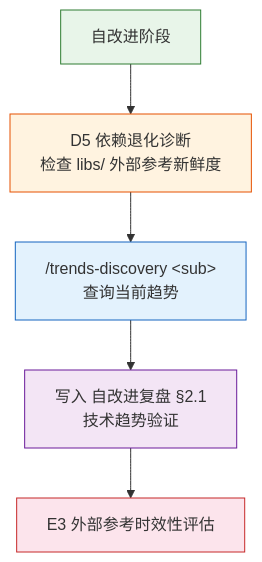
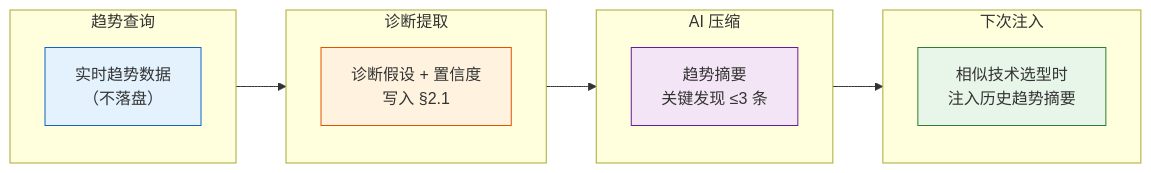
One commit to effiy/YrY changed the fourth of 4 diagrams in skills/trends-discovery/SKILL.md. Above: the diagram before and after it, drawn with Mermaid. The commit also changed other lines of this file and 4 other files, not shown here.

````diff
--- a/skills/trends-discovery/SKILL.md
+++ b/skills/trends-discovery/SKILL.md
@@ -109,13 +253,22 @@
 ```mermaid
-flowchart TB
-    SELF["自改进阶段"]:::phase --> D5["D5 依赖退化诊断<br/>检查 libs/ 外部参考新鲜度"]:::diag
-    D5 --> TD["/trends-discovery &lt;sub&gt;<br/>查询当前趋势"]:::action
-    TD --> REPORT["写入 自改进复盘 §2.1<br/>技术趋势验证"]:::out
-    REPORT --> EVAL["E3 外部参考时效性评估"]:::eval
+flowchart LR
+    subgraph 采集["趋势查询"]
+        RAW["实时趋势数据<br/>（不落盘）"]:::data
+    end
+    subgraph 提取["诊断提取"]
+        DIAG["诊断假设 + 置信度<br/>写入 §2.1"]:::diag
+    end
+    subgraph 压缩["AI 压缩"]
+        COMP["趋势摘要<br/>关键发现 ≤3 条"]:::comp
+    end
+    subgraph 注入["下次注入"]
+        INJ["相似技术选型时<br/>注入历史趋势摘要"]:::inj
+    end
 
-    classDef phase fill:#e8f5e9,stroke:#2e7d32;
+    采集 --> 提取 --> 压缩 --> 注入
+
+    classDef data fill:#e3f2fd,stroke:#1565c0;
     classDef diag fill:#fff3e0,stroke:#e65100;
-    classDef action fill:#e3f2fd,stroke:#1565c0;
-    classDef out fill:#f3e5f5,stroke:#6a1b9a;
-    classDef eval fill:#fce4ec,stroke:#c62828;
+    classDef comp fill:#f3e5f5,stroke:#6a1b9a;
+    classDef inj fill:#e8f5e9,stroke:#2e7d32;
 ```
````
